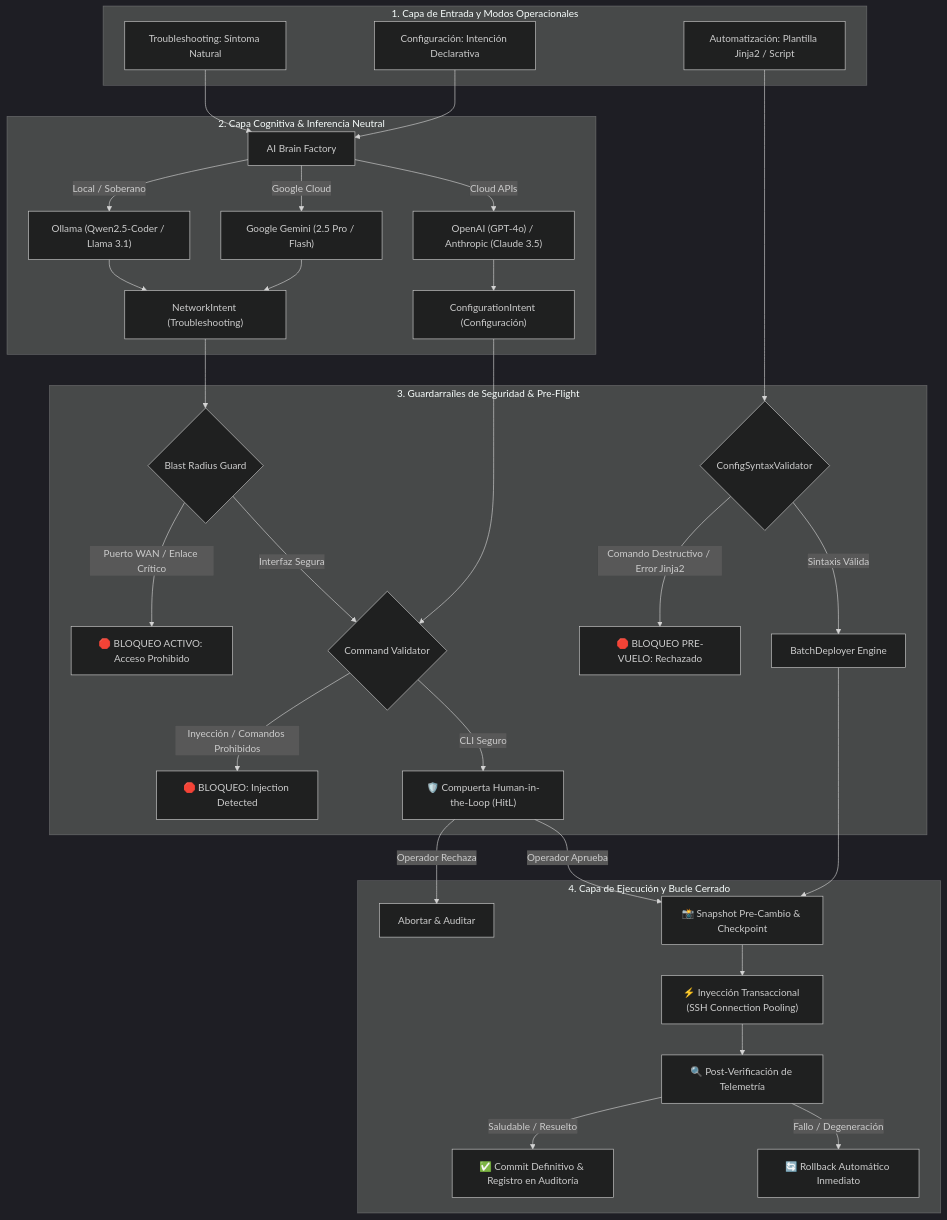
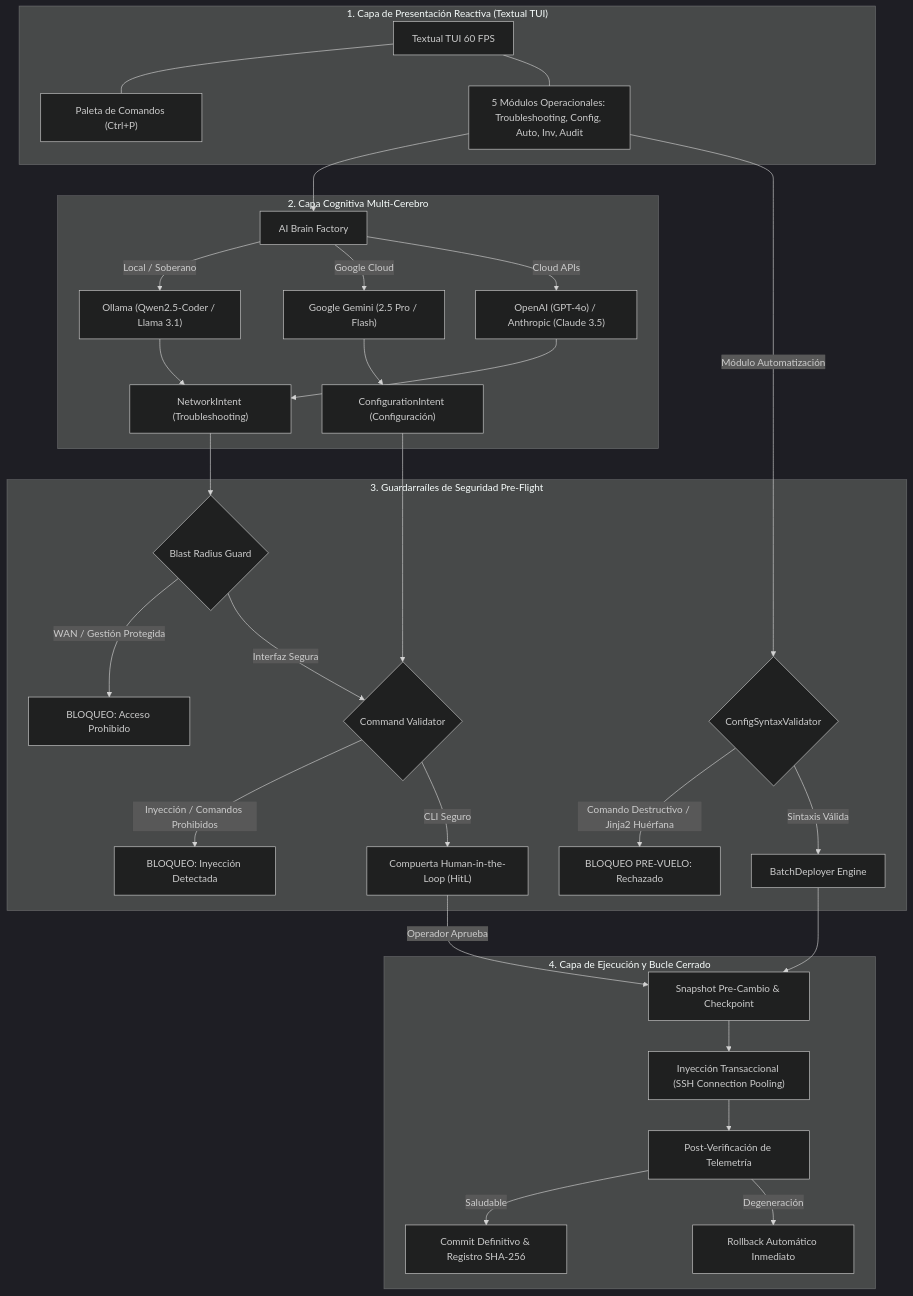
Before and after one commit to GuifMur98/networkingAgent: the diagram in README.md, drawn with Mermaid (dark theme). The commit also changed other lines of this file and 6 other files, not shown here.

````diff
--- a/README.md
+++ b/README.md
@@ -57,43 +88,43 @@
 ```mermaid
 flowchart TD
-    subgraph InputLayer ["1. Capa de Entrada y Modos Operacionales"]
-        A1["Troubleshooting: Síntoma Natural"] 
-        A2["Configuración: Intención Declarativa"]
-        A3["Automatización: Plantilla Jinja2 / Script"]
+    subgraph PresentationLayer ["1. Capa de Presentación Reactiva (Textual TUI)"]
+        TUI["Textual TUI 60 FPS"]
+        PAL["Paleta de Comandos (Ctrl+P)"]
+        MODS["5 Módulos Operacionales: Troubleshooting, Config, Auto, Inv, Audit"]
+        TUI --- PAL
+        TUI --- MODS
     end
 
-    subgraph CognitiveLayer ["2. Capa Cognitiva & Inferencia Neutral"]
-        A1 --> B["AI Brain Factory"]
-        A2 --> B
-        B -->|Local / Soberano| B1["Ollama (Qwen2.5-Coder / Llama 3.1)"]
-        B -->|Google Cloud| B2["Google Gemini (2.5 Pro / Flash)"]
-        B -->|Cloud APIs| B3["OpenAI (GPT-4o) / Anthropic (Claude 3.5)"]
+    subgraph CognitiveLayer ["2. Capa Cognitiva Multi-Cerebro"]
+        MODS --> BF["AI Brain Factory"]
+        BF -->|Local / Soberano| B1["Ollama (Qwen2.5-Coder / Llama 3.1)"]
+        BF -->|Google Cloud| B2["Google Gemini (2.5 Pro / Flash)"]
+        BF -->|Cloud APIs| B3["OpenAI (GPT-4o) / Anthropic (Claude 3.5)"]
         B1 --> C1["NetworkIntent (Troubleshooting)"]
-        B2 --> C1
-        B3 --> C2["ConfigurationIntent (Configuración)"]
+        B2 --> C2["ConfigurationIntent (Configuración)"]
+        B3 --> C1
     end
 
-    subgraph GuardrailLayer ["3. Guardarraíles de Seguridad & Pre-Flight"]
-        C1 --> D{"Blast Radius Guard"}
-        D -->|Puerto WAN / Enlace Crítico| D1["🛑 BLOQUEO ACTIVO: Acceso Prohibido"]
-        D -->|Interfaz Segura| E{"Command Validator"}
+    subgraph GuardrailLayer ["3. Guardarraíles de Seguridad Pre-Flight"]
+        C1 --> BG{"Blast Radius Guard"}
+        BG -->|WAN / Gestión Protegida| D1["BLOQUEO: Acceso Prohibido"]
+        BG -->|Interfaz Segura| CV{"Command Validator"}
         
-        A3 --> SV{"ConfigSyntaxValidator"}
-        SV -->|Comando Destructivo / Error Jinja2| SV1["🛑 BLOQUEO PRE-VUELO: Rechazado"]
+        MODS -->|Módulo Automatización| SV{"ConfigSyntaxValidator"}
+        SV -->|Comando Destructivo / Jinja2 Huérfana| SV1["BLOQUEO PRE-VUELO: Rechazado"]
         SV -->|Sintaxis Válida| BD["BatchDeployer Engine"]
 
-        C2 --> E
-        E -->|Inyección / Comandos Prohibidos| E1["🛑 BLOQUEO: Injection Detected"]
-        E -->|CLI Seguro| F["🛡️ Compuerta Human-in-the-Loop (HitL)"]
+        C2 --> CV
+        CV -->|Inyección / Comandos Prohibidos| E1["BLOQUEO: Inyección Detectada"]
+        CV -->|CLI Seguro| HITL["Compuerta Human-in-the-Loop (HitL)"]
     end
 
     subgraph ExecutionLayer ["4. Capa de Ejecución y Bucle Cerrado"]
-        F -->|Operador Rechaza| G1["Abortar & Auditar"]
-        F -->|Operador Aprueba| G2["📸 Snapshot Pre-Cambio & Checkpoint"]
-        BD --> G2
-        G2 --> H["⚡ Inyección Transaccional (SSH Connection Pooling)"]
-        H --> I["🔍 Post-Verificación de Telemetría"]
-        I -->|Saludable / Resuelto| J["✅ Commit Definitivo & Registro en Auditoría"]
-        I -->|Fallo / Degeneración| K["🔄 Rollback Automático Inmediato"]
+        HITL -->|Operador Aprueba| SNAP["Snapshot Pre-Cambio & Checkpoint"]
+        BD --> SNAP
+        SNAP --> SSH["Inyección Transaccional (SSH Connection Pooling)"]
+        SSH --> VERIF["Post-Verificación de Telemetría"]
+        VERIF -->|Saludable| COMM["Commit Definitivo & Registro SHA-256"]
+        VERIF -->|Degeneración| RBK["Rollback Automático Inmediato"]
     end
 ```
````
